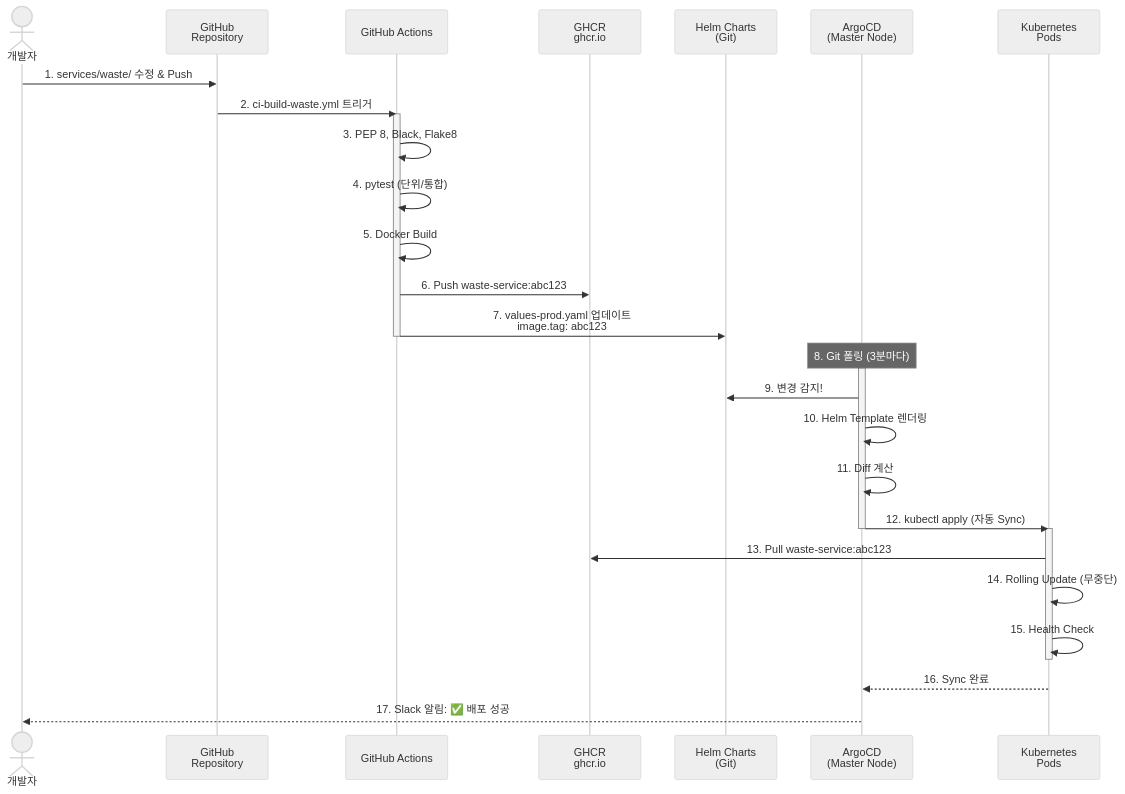
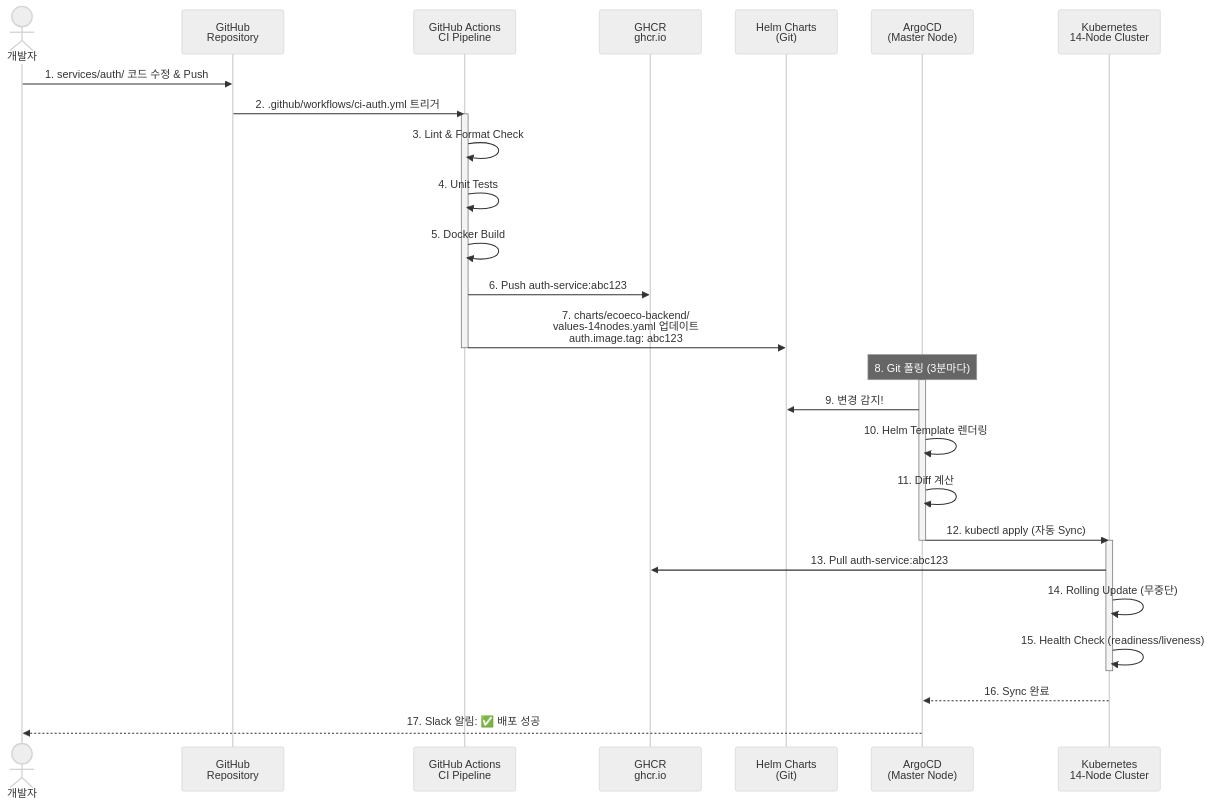
One commit to SeSACTHON/backend changed the third of 4 diagrams in docs/architecture/05-final-k8s-architecture.md. Above: the diagram before and after it, drawn with Mermaid (neutral theme). The commit also changed other lines of this file and 24 other files, not shown here.

First line of the commit message:
docs: 14-Node 아키텍처 업데이트 및 문서 정리

````diff
--- a/docs/architecture/05-final-k8s-architecture.md
+++ b/docs/architecture/05-final-k8s-architecture.md
@@ -305,39 +283,39 @@
 ```mermaid
 sequenceDiagram
     actor Dev as 개발자
     participant GH as GitHub<br/>Repository
-    participant GHA as GitHub Actions
+    participant GHA as GitHub Actions<br/>CI Pipeline
     participant GHCR as GHCR<br/>ghcr.io
     participant Helm as Helm Charts<br/>(Git)
     participant Argo as ArgoCD<br/>(Master Node)
-    participant K8s as Kubernetes<br/>Pods
+    participant K8s as Kubernetes<br/>14-Node Cluster
     
-    Dev->>GH: 1. services/waste/ 수정 & Push
-    GH->>GHA: 2. ci-build-waste.yml 트리거
+    Dev->>GH: 1. services/auth/ 코드 수정 & Push
+    GH->>GHA: 2. .github/workflows/ci-auth.yml 트리거
     
     activate GHA
-    GHA->>GHA: 3. PEP 8, Black, Flake8
-    GHA->>GHA: 4. pytest (단위/통합)
+    GHA->>GHA: 3. Lint & Format Check
+    GHA->>GHA: 4. Unit Tests
     GHA->>GHA: 5. Docker Build
-    GHA->>GHCR: 6. Push waste-service:abc123
-    GHA->>Helm: 7. values-prod.yaml 업데이트<br/>image.tag: abc123
+    GHA->>GHCR: 6. Push auth-service:abc123
+    GHA->>Helm: 7. charts/ecoeco-backend/<br/>values-14nodes.yaml 업데이트<br/>auth.image.tag: abc123
     deactivate GHA
     
     Note over Argo: 8. Git 폴링 (3분마다)
     
     activate Argo
     Argo->>Helm: 9. 변경 감지!
     Argo->>Argo: 10. Helm Template 렌더링
     Argo->>Argo: 11. Diff 계산
     Argo->>K8s: 12. kubectl apply (자동 Sync)
     deactivate Argo
     
     activate K8s
-    K8s->>GHCR: 13. Pull waste-service:abc123
+    K8s->>GHCR: 13. Pull auth-service:abc123
     K8s->>K8s: 14. Rolling Update (무중단)
-    K8s->>K8s: 15. Health Check
+    K8s->>K8s: 15. Health Check (readiness/liveness)
     deactivate K8s
     
     K8s-->>Argo: 16. Sync 완료
     Argo-->>Dev: 17. Slack 알림: ✅ 배포 성공
 ```
````
